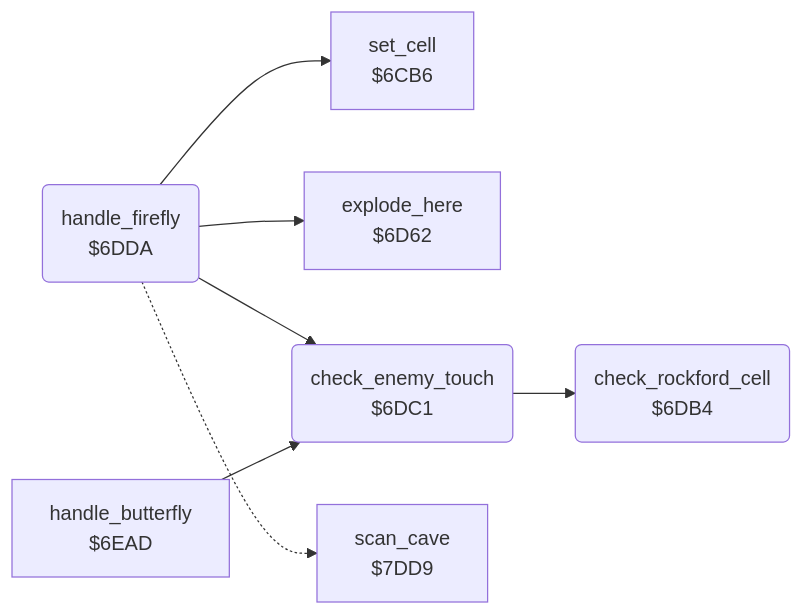
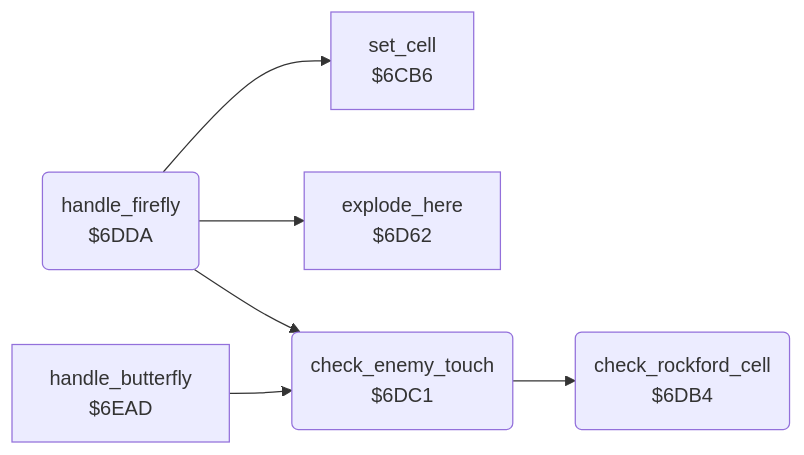
The diagram in boulder_dash/v1/docs/reference/modules/engine/firefly.md (henols/c64_games), drawn with Mermaid before and after one commit. The commit also changed other lines of this file and 1100 other files, not shown here.

````diff
--- a/boulder_dash/v1/docs/reference/modules/engine/firefly.md
+++ b/boulder_dash/v1/docs/reference/modules/engine/firefly.md
@@ -10,16 +25,14 @@
 ```mermaid
 flowchart LR
   n6cb6["set_cell<br/>$6CB6"]
   n6d62["explode_here<br/>$6D62"]
   n6db4("check_rockford_cell<br/>$6DB4")
   n6dc1("check_enemy_touch<br/>$6DC1")
   n6dda("handle_firefly<br/>$6DDA")
   n6ead["handle_butterfly<br/>$6EAD"]
-  n7dd9["scan_cave<br/>$7DD9"]
   n6dc1 --> n6db4
   n6dda --> n6cb6
   n6dda --> n6d62
   n6dda --> n6dc1
-  n6dda -.-> n7dd9
   n6ead --> n6dc1
 ```
````
